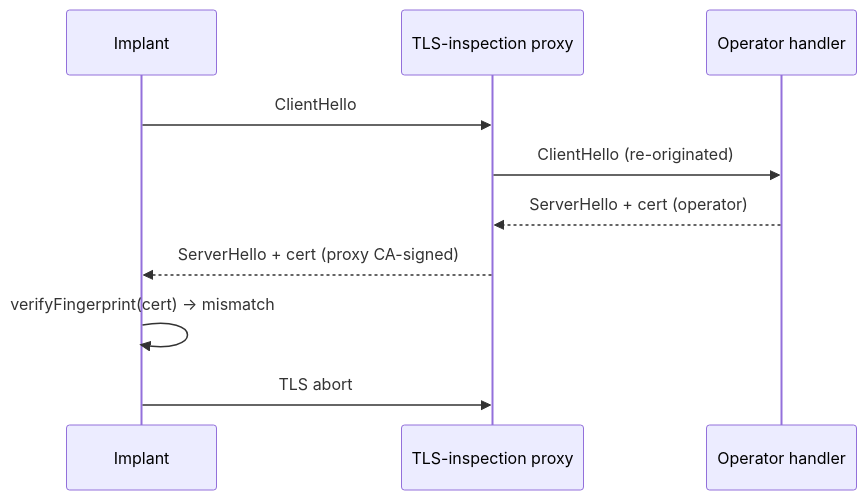
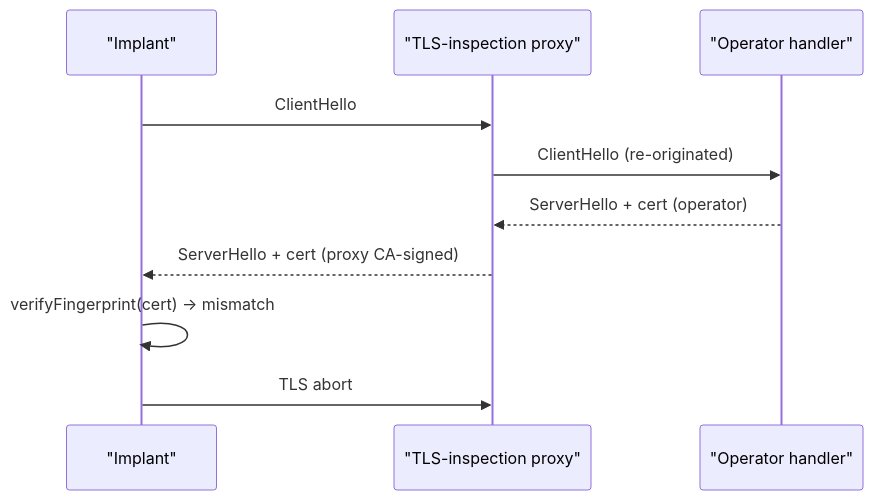
One commit to oioio-space/maldev changed the second of 2 diagrams in docs/techniques/c2/transport.md. Above: the diagram before and after it, drawn with Mermaid. The commit also changed 52 other files, not shown here.

First line of the commit message:
fix(docs): quote multi-word Mermaid participant aliases — 11.2.0 strict-mode sweep

````diff
--- a/docs/techniques/c2/transport.md
+++ b/docs/techniques/c2/transport.md
@@ -71,13 +71,13 @@
 ```mermaid
 sequenceDiagram
-    participant Imp as Implant
-    participant MITM as TLS-inspection proxy
-    participant Op as Operator handler
+    participant Imp as "Implant"
+    participant MITM as "TLS-inspection proxy"
+    participant Op as "Operator handler"
 
     Imp->>MITM: ClientHello
     MITM->>Op: ClientHello (re-originated)
     Op-->>MITM: ServerHello + cert (operator)
     MITM-->>Imp: ServerHello + cert (proxy CA-signed)
     Imp->>Imp: verifyFingerprint(cert) → mismatch
     Imp->>MITM: TLS abort
 ```
````
